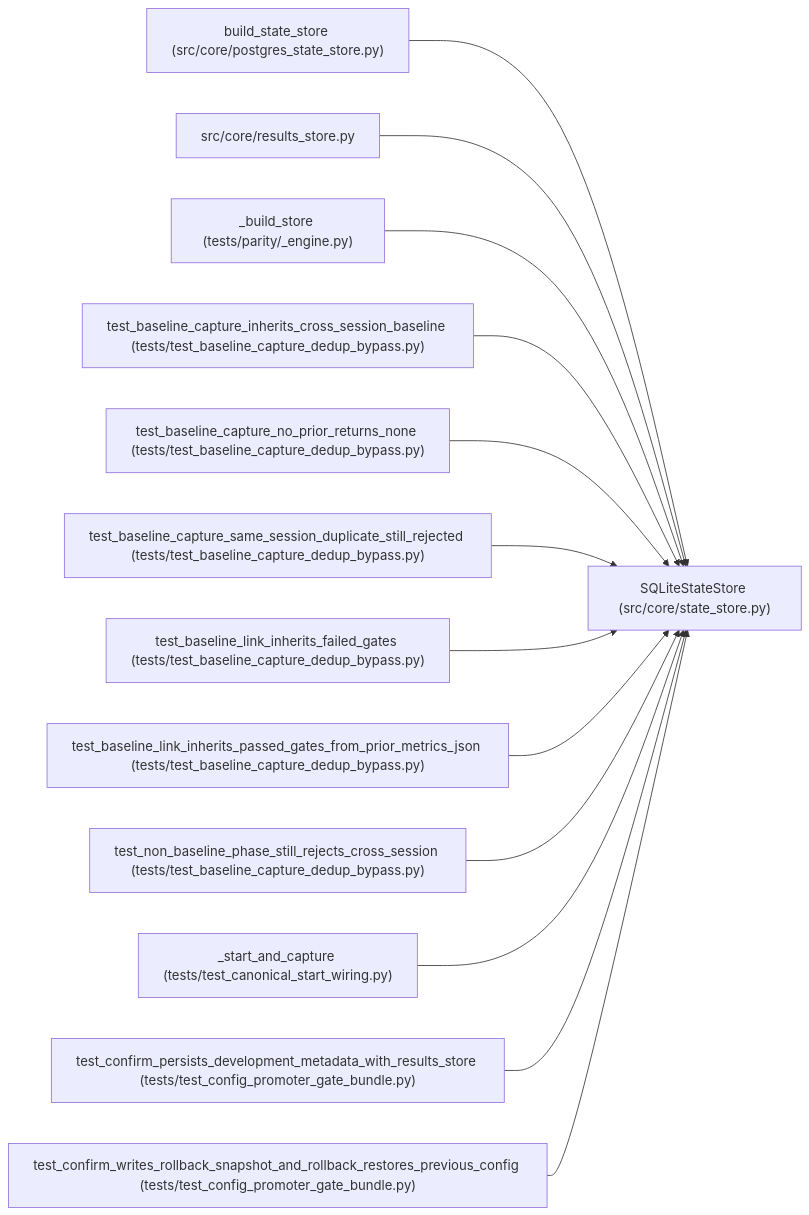
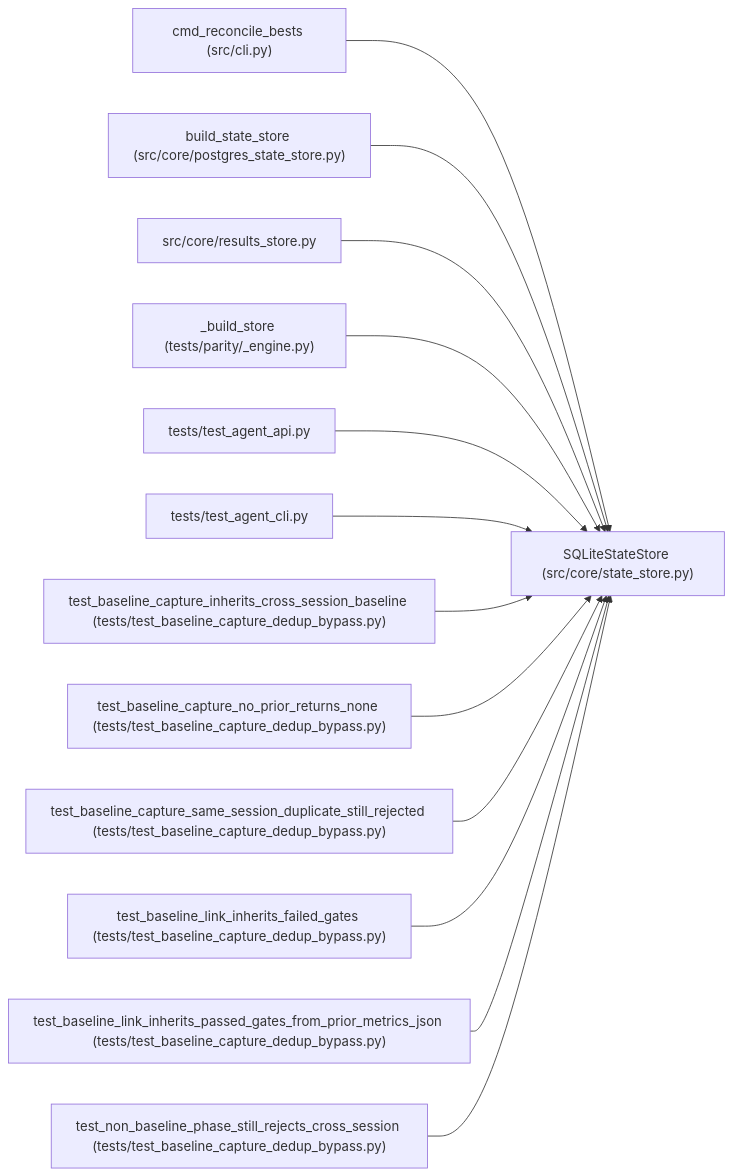
The diagram in docs/llm_wiki/entities/SQLiteStateStore.md (Denissvgn/autoresearch-agent), drawn with Mermaid before and after one commit. The commit also changed other lines of this file and 1033 other files, not shown here.

Commit message:
docs(wiki): sync wiki with agent-wiki-cli 3.2.0 and provider updates

````diff
--- a/docs/llm_wiki/entities/SQLiteStateStore.md
+++ b/docs/llm_wiki/entities/SQLiteStateStore.md
@@ -92,41 +115,41 @@
 ```mermaid
 flowchart LR
     n0["SQLiteStateStore (src/core/state_store.py)"]
-    n1["build_state_store (src/core/postgres_state_store.py)"]
-    n2["src/core/results_store.py"]
-    n3["_build_store (tests/parity/_engine.py)"]
-    n4["test_baseline_capture_inherits_cross_session_baseline (tests/test_baseline_capture_dedup_bypass.py)"]
-    n5["test_baseline_capture_no_prior_returns_none (tests/test_baseline_capture_dedup_bypass.py)"]
-    n6["test_baseline_capture_same_session_duplicate_still_rejected (tests/test_baseline_capture_dedup_bypass.py)"]
-    n7["test_baseline_link_inherits_failed_gates (tests/test_baseline_capture_dedup_bypass.py)"]
-    n8["test_baseline_link_inherits_passed_gates_from_prior_metrics_json (tests/test_baseline_capture_dedup_bypass.py)"]
-    n9["test_non_baseline_phase_still_rejects_cross_session (tests/test_baseline_capture_dedup_bypass.py)"]
-    n10["_start_and_capture (tests/test_canonical_start_wiring.py)"]
-    n11["test_confirm_persists_development_metadata_with_results_store (tests/test_config_promoter_gate_bundle.py)"]
-    n12["test_confirm_writes_rollback_snapshot_and_rollback_restores_previous_config (tests/test_config_promoter_gate_bundle.py)"]
+    n1["cmd_reconcile_bests (src/cli.py)"]
+    n2["build_state_store (src/core/postgres_state_store.py)"]
+    n3["src/core/results_store.py"]
+    n4["_build_store (tests/parity/_engine.py)"]
+    n5["tests/test_agent_api.py"]
+    n6["tests/test_agent_cli.py"]
+    n7["test_baseline_capture_inherits_cross_session_baseline (tests/test_baseline_capture_dedup_bypass.py)"]
+    n8["test_baseline_capture_no_prior_returns_none (tests/test_baseline_capture_dedup_bypass.py)"]
+    n9["test_baseline_capture_same_session_duplicate_still_rejected (tests/test_baseline_capture_dedup_bypass.py)"]
+    n10["test_baseline_link_inherits_failed_gates (tests/test_baseline_capture_dedup_bypass.py)"]
+    n11["test_baseline_link_inherits_passed_gates_from_prior_metrics_json (tests/test_baseline_capture_dedup_bypass.py)"]
+    n12["test_non_baseline_phase_still_rejects_cross_session (tests/test_baseline_capture_dedup_bypass.py)"]
     n1 --> n0
     n2 --> n0
     n3 --> n0
     n4 --> n0
     n5 --> n0
     n6 --> n0
     n7 --> n0
     n8 --> n0
     n9 --> n0
     n10 --> n0
     n11 --> n0
     n12 --> n0
     click n0 "../modules/state_store.md"
-    click n1 "../modules/postgres_state_store.md"
-    click n2 "../modules/results_store.md"
-    click n3 "../modules/_engine.md"
-    click n4 "../modules/test_baseline_capture_dedup_bypass.md"
-    click n5 "../modules/test_baseline_capture_dedup_bypass.md"
-    click n6 "../modules/test_baseline_capture_dedup_bypass.md"
+    click n1 "../modules/cli.md"
+    click n2 "../modules/postgres_state_store.md"
+    click n3 "../modules/results_store.md"
+    click n4 "../modules/_engine.md"
+    click n5 "../modules/test_agent_api.md"
+    click n6 "../modules/test_agent_cli.md"
     click n7 "../modules/test_baseline_capture_dedup_bypass.md"
     click n8 "../modules/test_baseline_capture_dedup_bypass.md"
     click n9 "../modules/test_baseline_capture_dedup_bypass.md"
-    click n10 "../modules/test_canonical_start_wiring.md"
-    click n11 "../modules/test_config_promoter_gate_bundle.md"
-    click n12 "../modules/test_config_promoter_gate_bundle.md"
+    click n10 "../modules/test_baseline_capture_dedup_bypass.md"
+    click n11 "../modules/test_baseline_capture_dedup_bypass.md"
+    click n12 "../modules/test_baseline_capture_dedup_bypass.md"
 ```
````
